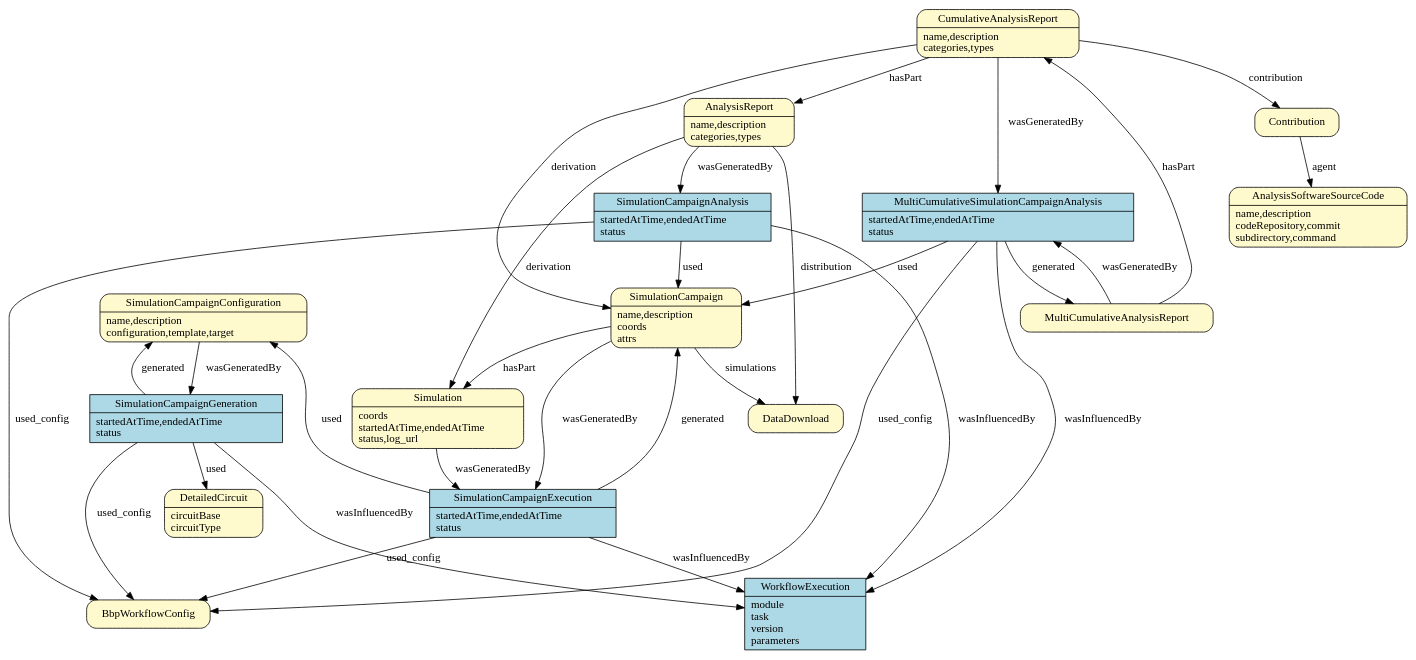
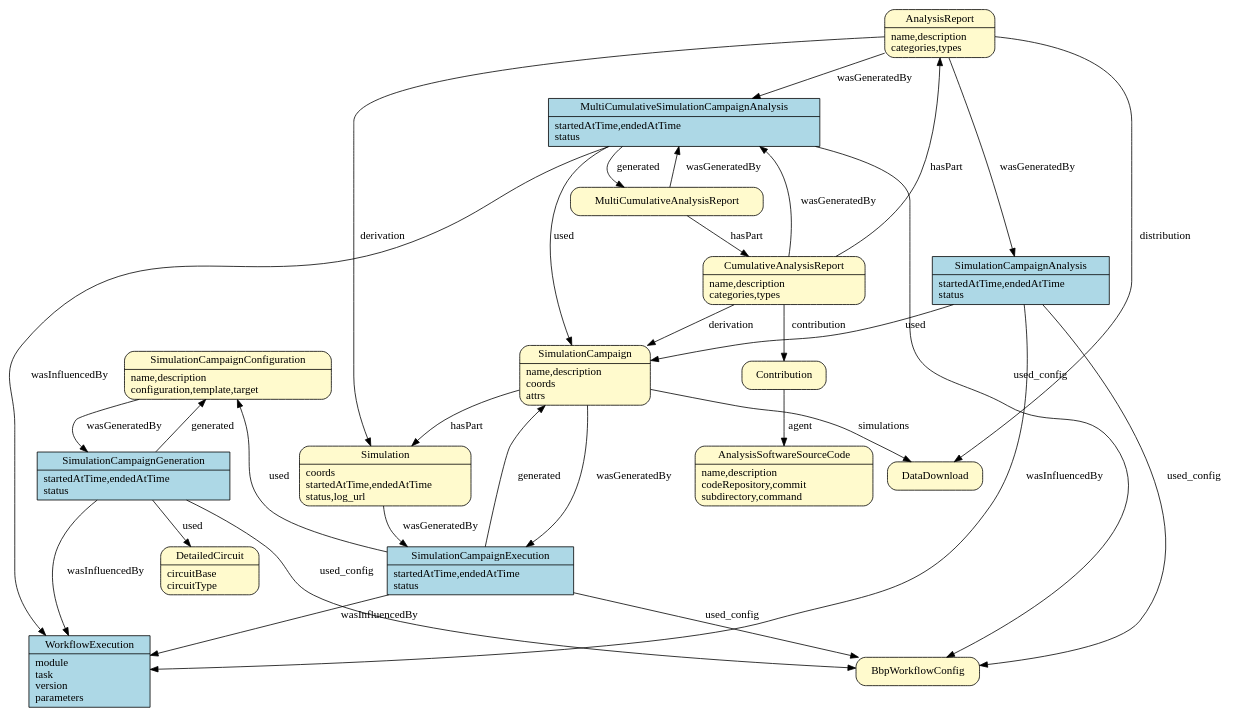
Before and after one commit to BlueBrain/entity-management: the fourth of 4 diagrams in doc/source/prov_patterns.rst, drawn with Graphviz.

Commit message:
Add link AnalysisReport -> wasGeneratedBy -> MultiCumulativeSimulationCampaignAnalysis

```diff
--- a/doc/source/prov_patterns.rst
+++ b/doc/source/prov_patterns.rst
@@ -198,6 +198,7 @@
         MultiCumulativeSimulationCampaignAnalysis -> MultiCumulativeAnalysisReport [label = "generated"];
         AnalysisReport -> Simulation [label = "derivation"];
         AnalysisReport -> SimulationCampaignAnalysis [label = "wasGeneratedBy"];
+        AnalysisReport -> MultiCumulativeSimulationCampaignAnalysis [label = "wasGeneratedBy"];
         AnalysisReport -> DataDownload [label = "distribution"];
         CumulativeAnalysisReport -> SimulationCampaign [label = "derivation"];
         CumulativeAnalysisReport -> MultiCumulativeSimulationCampaignAnalysis [label = "wasGeneratedBy"];
```
